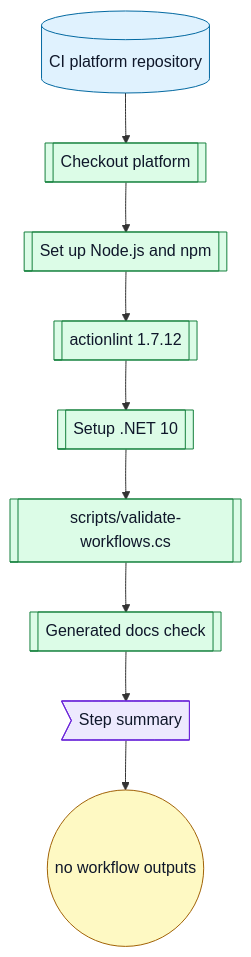
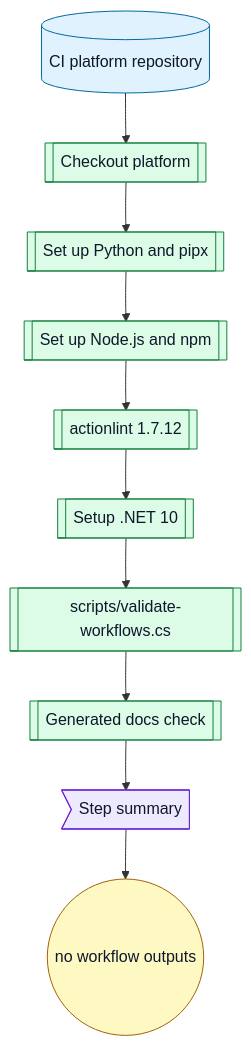
One commit to ArkanisCorporation/ci changed diagram 17 of 17 in docs/workflow-catalog.md. Above: the diagram before and after it, drawn with Mermaid. The commit also changed other lines of this file and 2 other files, not shown here.

Commit message:
fix(gha): set up pipx for platform selftest

````diff
--- a/docs/workflow-catalog.md
+++ b/docs/workflow-catalog.md
@@ -1711,21 +1711,22 @@
 ```mermaid
 flowchart TD
   platform[("CI platform repository")] --> checkout[[Checkout platform]]
-  checkout --> node[[Set up Node.js and npm]]
+  checkout --> python[[Set up Python and pipx]]
+  python --> node[[Set up Node.js and npm]]
   node --> actionlint[[actionlint 1.7.12]]
   actionlint --> dotnet[[Setup .NET 10]]
   dotnet --> validator[[scripts/validate-workflows.cs]]
   validator --> docs[[Generated docs check]]
   docs --> summary>Step summary]
   summary --> outputs(("no workflow outputs"))
   classDef repo fill:#e0f2fe,stroke:#0369a1,color:#0f172a
   classDef action fill:#dcfce7,stroke:#15803d,color:#0f172a
   classDef decision fill:#fff7ed,stroke:#c2410c,color:#0f172a
   classDef artifact fill:#ede9fe,stroke:#6d28d9,color:#0f172a
   classDef output fill:#fef9c3,stroke:#a16207,color:#0f172a
   classDef external fill:#f8fafc,stroke:#475569,stroke-dasharray: 4 3,color:#0f172a
   class platform repo
-  class checkout,node,actionlint,dotnet,validator,docs action
+  class checkout,python,node,actionlint,dotnet,validator,docs action
   class summary artifact
   class outputs output
 ```
````
